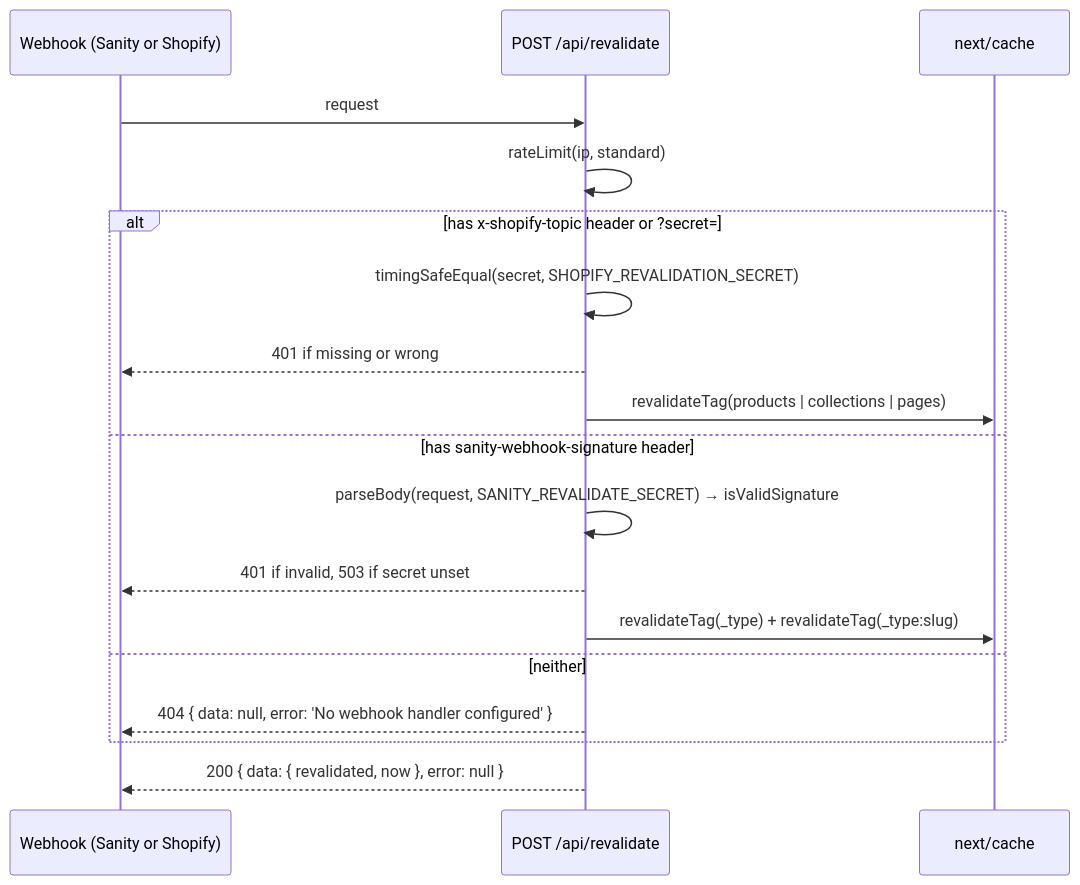
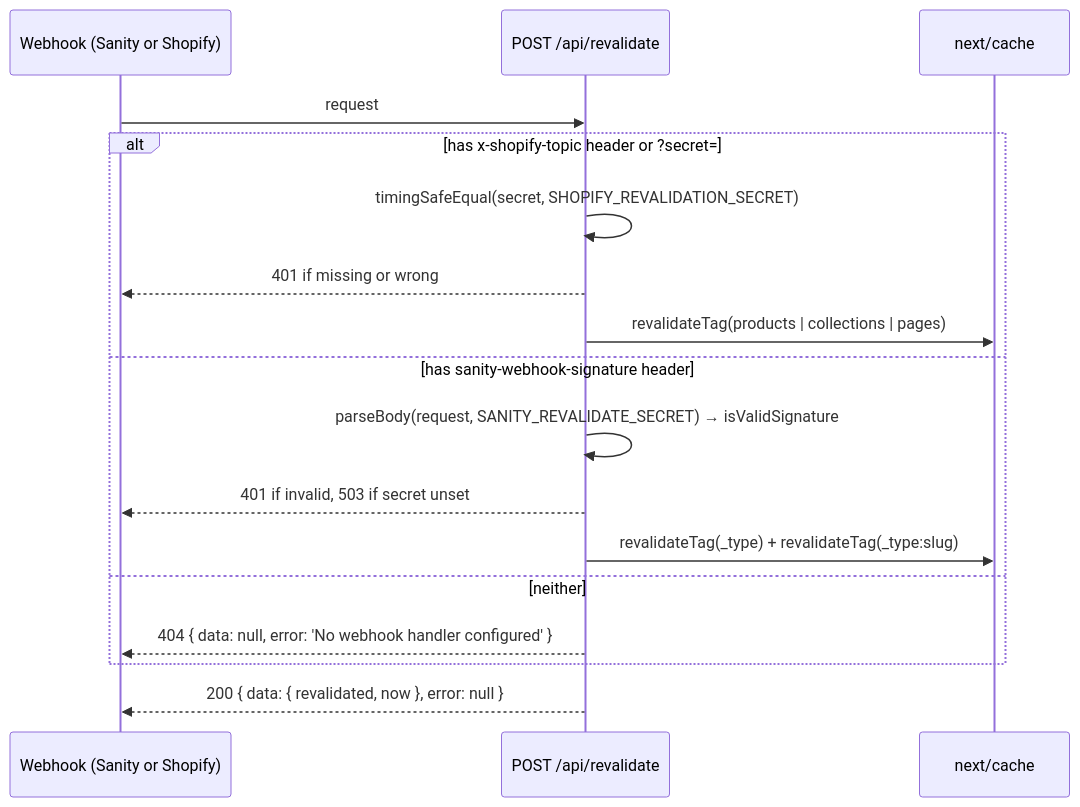
Before and after one commit to darkroomengineering/satus: the diagram in app/api/README.md, drawn with Mermaid. The commit also changed other lines of this file and 14 other files, not shown here.

````diff
--- a/app/api/README.md
+++ b/app/api/README.md
@@ -76,20 +76,19 @@
 ```mermaid
 sequenceDiagram
     participant W as Webhook (Sanity or Shopify)
     participant R as POST /api/revalidate
     participant T as next/cache
     W->>R: request
-    R->>R: rateLimit(ip, standard)
     alt has x-shopify-topic header or ?secret=
         R->>R: timingSafeEqual(secret, SHOPIFY_REVALIDATION_SECRET)
         R-->>W: 401 if missing or wrong
         R->>T: revalidateTag(products | collections | pages)
     else has sanity-webhook-signature header
         R->>R: parseBody(request, SANITY_REVALIDATE_SECRET) → isValidSignature
         R-->>W: 401 if invalid, 503 if secret unset
         R->>T: revalidateTag(_type) + revalidateTag(_type:slug)
     else neither
         R-->>W: 404 { data: null, error: 'No webhook handler configured' }
     end
     R-->>W: 200 { data: { revalidated, now }, error: null }
 ```
````
